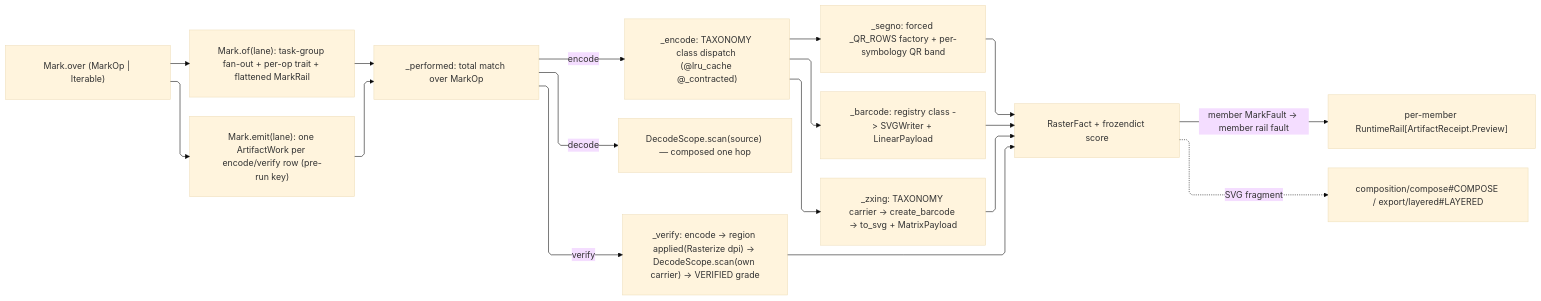
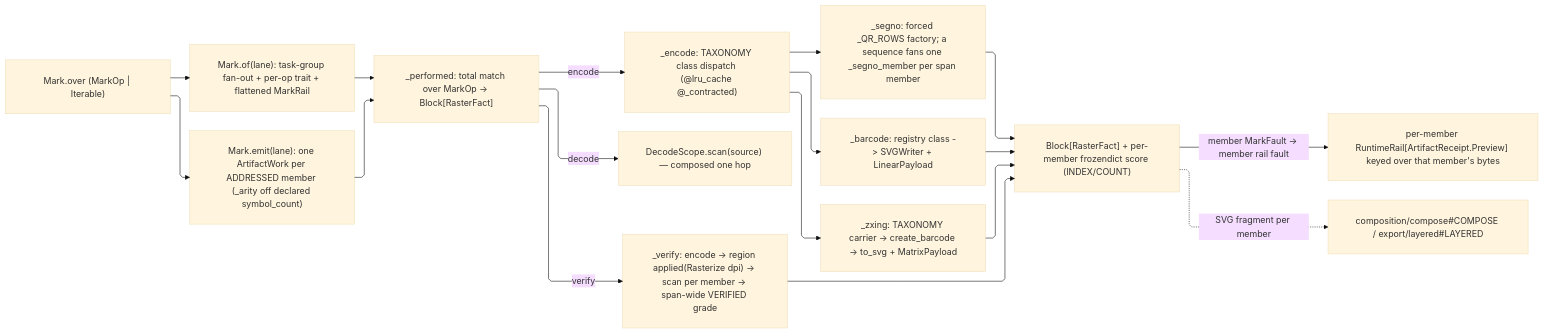
The diagram in libs/python/artifacts/.planning/graphic/marks/encode.md (bsamiee/Rasm), drawn with Mermaid (base theme) before and after one commit. The commit also changed other lines of this file and 154 other files, not shown here.

````diff
--- a/libs/python/artifacts/.planning/graphic/marks/encode.md
+++ b/libs/python/artifacts/.planning/graphic/marks/encode.md
@@ -605,28 +661,28 @@
 ```mermaid
 ---
 config:
   layout: elk
   flowchart:
     curve: linear
     padding: 25
 ---
 flowchart LR
     accTitle: Mark encode, decode, and verify dispatch
-    accDescr: The mark lane and work emitter both entering one total operation match whose encode arm dispatches by taxonomy class onto the QR, linear, and matrix writers, whose decode arm composes the scan scope one hop, and whose verify arm rasterizes its own carrier back through the scan for a grade, every arm sealing a raster fact onto the per-member receipt rail.
+    accDescr: The mark lane and work emitter both entering one total operation match whose encode arm dispatches by taxonomy class onto the QR, linear, and matrix writers, whose decode arm composes the scan scope one hop, and whose verify arm rasterizes its own carrier back through the scan for a span-wide grade, every arm answering a block of one fact per addressed member that the emitter selects into a per-member receipt.
     Over["Mark.over (MarkOp | Iterable)"] --> Of["Mark.of(lane): task-group fan-out + per-op trait + flattened MarkRail"]
-    Over --> Emit["Mark.emit(lane): one ArtifactWork per encode/verify row (pre-run key)"]
-    Of --> Perf["_performed: total match over MarkOp"]
+    Over --> Emit["Mark.emit(lane): one ArtifactWork per ADDRESSED member (_arity off declared symbol_count)"]
+    Of --> Perf["_performed: total match over MarkOp -> Block[RasterFact]"]
     Emit --> Perf
     Perf -->|encode| Enc["_encode: TAXONOMY class dispatch (@lru_cache @_contracted)"]
     Perf -->|decode| Scan["DecodeScope.scan(source) — composed one hop"]
-    Perf -->|verify| Ver["_verify: encode -> region applied(Rasterize dpi) -> DecodeScope.scan(own carrier) -> VERIFIED grade"]
-    Enc --> Qr["_segno: forced _QR_ROWS factory + per-symbology QR band"]
+    Perf -->|verify| Ver["_verify: encode -> region applied(Rasterize dpi) -> scan per member -> span-wide VERIFIED grade"]
+    Enc --> Qr["_segno: forced _QR_ROWS factory; a sequence fans one _segno_member per span member"]
     Enc --> Bar["_barcode: registry class -> SVGWriter + LinearPayload"]
     Enc --> Zx["_zxing: TAXONOMY carrier -> create_barcode -> to_svg + MatrixPayload"]
-    Qr --> Fact["RasterFact + frozendict score"]
+    Qr --> Fact["Block[RasterFact] + per-member frozendict score (INDEX/COUNT)"]
     Bar --> Fact
     Zx --> Fact
     Ver --> Fact
-    Fact -->|"member MarkFault -> member rail fault"| Receipt["per-member RuntimeRail[ArtifactReceipt.Preview]"]
-    Fact -.->|"SVG fragment"| Compose["composition/compose#COMPOSE / export/layered#LAYERED"]
+    Fact -->|"member MarkFault -> member rail fault"| Receipt["per-member RuntimeRail[ArtifactReceipt.Preview] keyed over that member's bytes"]
+    Fact -.->|"SVG fragment per member"| Compose["composition/compose#COMPOSE / export/layered#LAYERED"]
 ```
````
